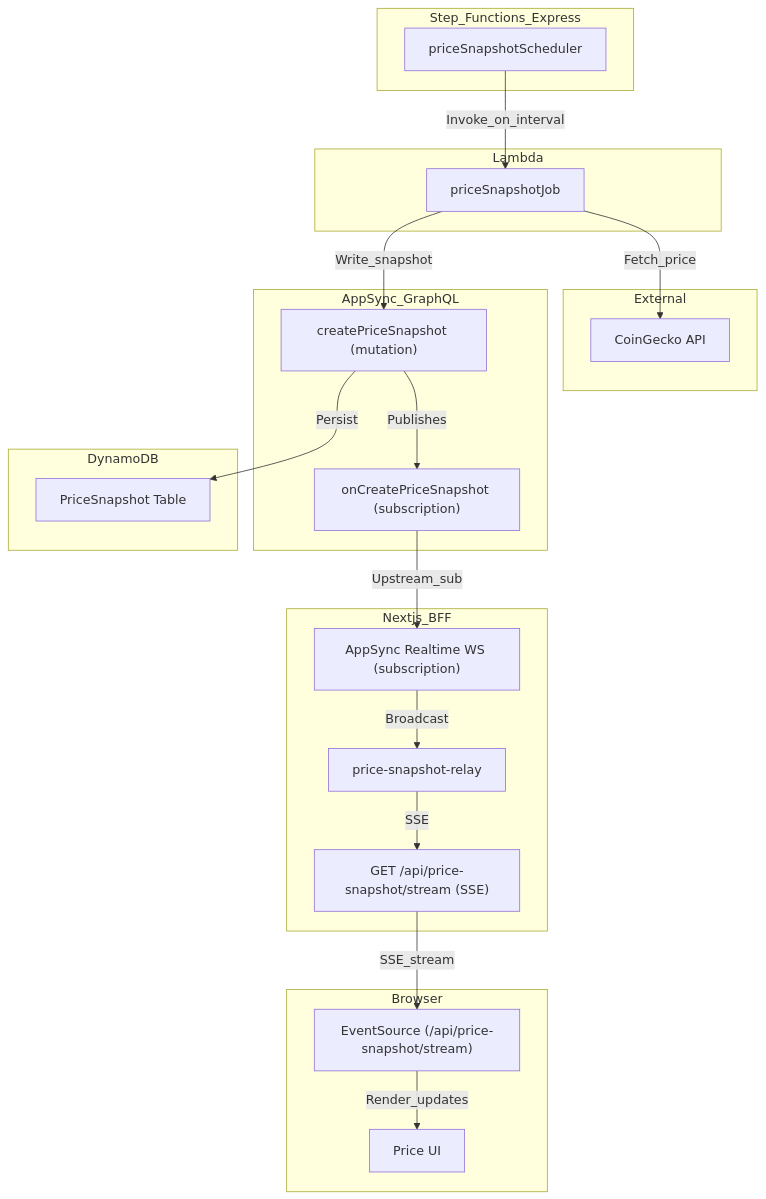
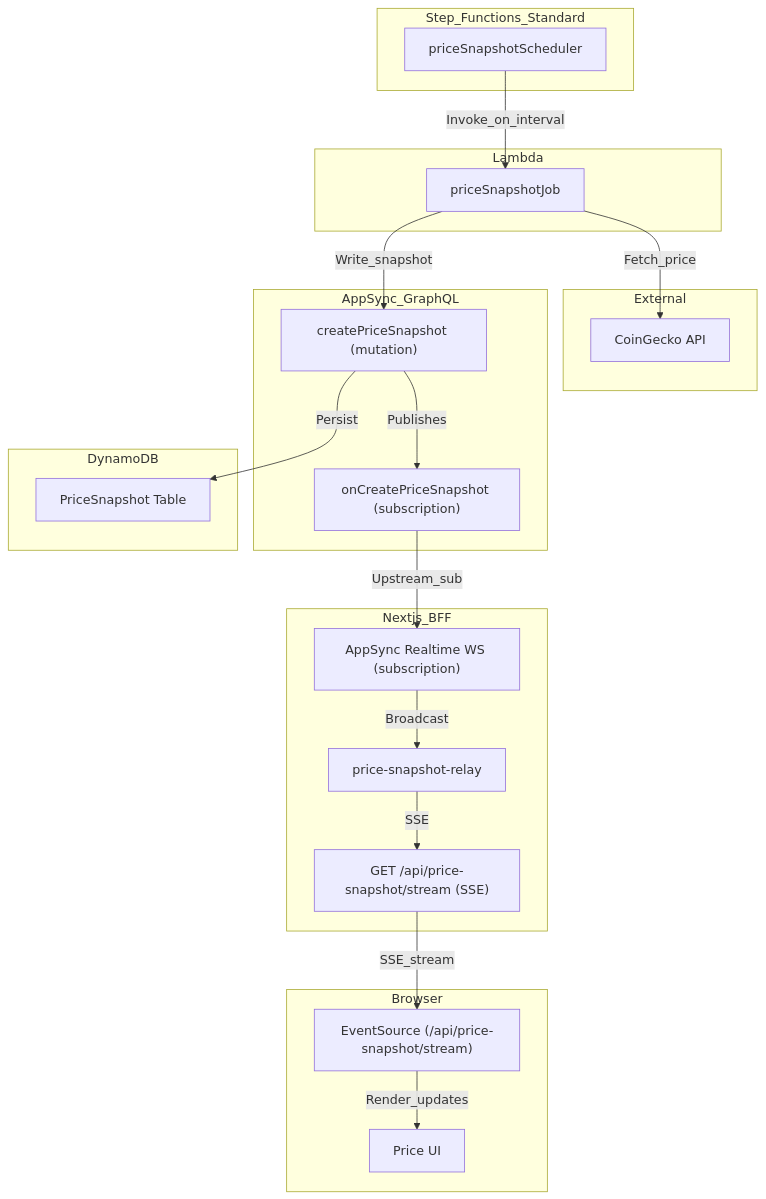
One commit to romainj-dev/epilot changed the second of 2 diagrams in ARCHITECTURE.md. Above: the diagram before and after it, drawn with Mermaid. The commit also changed 4 other files, not shown here.

Commit message:
feat: change priceshnapshot scheduler from express to standard to avoid 5min timeout

````diff
--- a/ARCHITECTURE.md
+++ b/ARCHITECTURE.md
@@ -78,45 +78,45 @@
 ```mermaid
 flowchart TB
     subgraph browser [Browser]
         PriceUI["Price UI"]
         SSEClient["EventSource (/api/price-snapshot/stream)"]
     end
 
     subgraph nextjs [Nextjs_BFF]
         SseRoute["GET /api/price-snapshot/stream (SSE)"]
         Relay["price-snapshot-relay"]
         UpstreamWS["AppSync Realtime WS (subscription)"]
     end
 
-    subgraph stepfunctions [Step_Functions_Express]
+    subgraph stepfunctions [Step_Functions_Standard]
         PriceSnapshotScheduler["priceSnapshotScheduler"]
     end
 
     subgraph lambdas [Lambda]
         PriceJob["priceSnapshotJob"]
     end
 
     subgraph external [External]
         CoinGecko["CoinGecko API"]
     end
 
     subgraph appsync [AppSync_GraphQL]
         CreateSnapshot["createPriceSnapshot (mutation)"]
         OnCreateSnapshot["onCreatePriceSnapshot (subscription)"]
     end
 
     subgraph dynamodb [DynamoDB]
         PriceSnapshotTable["PriceSnapshot Table"]
     end
 
     PriceSnapshotScheduler -->|"Invoke_on_interval"| PriceJob
     PriceJob -->|"Fetch_price"| CoinGecko
     PriceJob -->|"Write_snapshot"| CreateSnapshot
     CreateSnapshot -->|"Persist"| PriceSnapshotTable
     CreateSnapshot -->|"Publishes"| OnCreateSnapshot
     OnCreateSnapshot -->|"Upstream_sub"| UpstreamWS
     UpstreamWS -->|"Broadcast"| Relay
     Relay -->|"SSE"| SseRoute
     SseRoute -->|"SSE_stream"| SSEClient
     SSEClient -->|"Render_updates"| PriceUI
 ```
````
